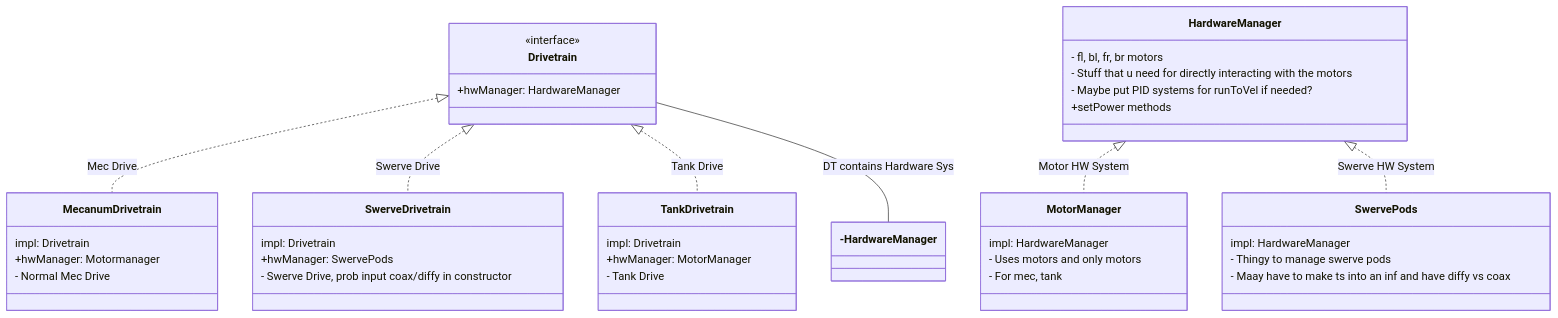
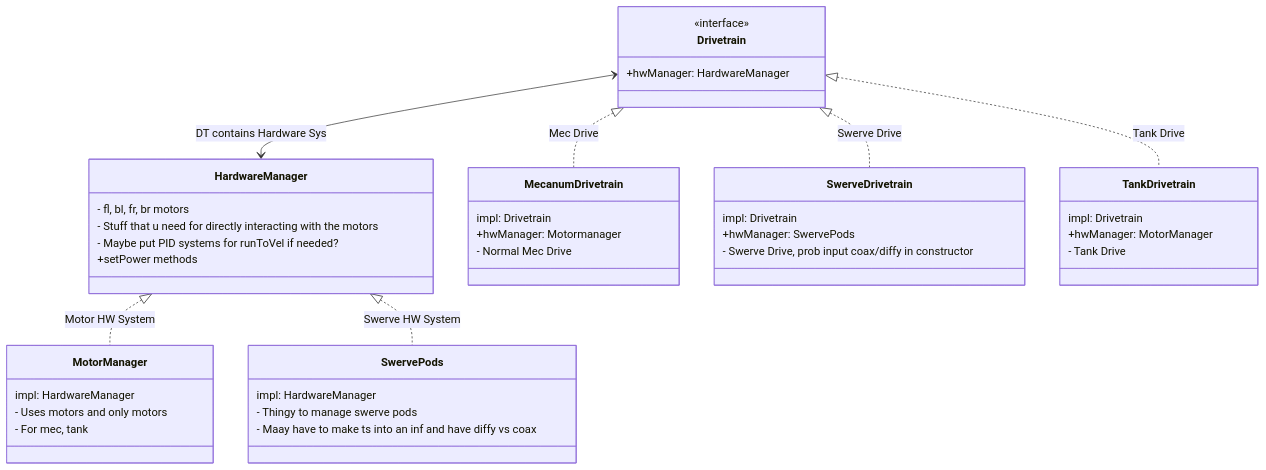
Before and after one commit to athGurnani/ApexPathing: the diagram in TeamCode/ARCHITECTURE.md, drawn with Mermaid.

````diff
--- a/TeamCode/ARCHITECTURE.md
+++ b/TeamCode/ARCHITECTURE.md
@@ -4,46 +4,46 @@
 ```mermaid
 classDiagram
     class Drivetrain {
         <<interface>>
         +hwManager: HardwareManager
     }
     class HardwareManager {
         - fl, bl, fr, br motors
         - Stuff that u need for directly interacting with the motors
         - Maybe put PID systems for runToVel if needed?
         +setPower methods
     }
     class MotorManager {
         impl: HardwareManager
         - Uses motors and only motors
         - For mec, tank
     }
     class MecanumDrivetrain {
         impl: Drivetrain
         +hwManager: Motormanager
         - Normal Mec Drive
     }
     class SwerveDrivetrain {
         impl: Drivetrain
         +hwManager: SwervePods
         - Swerve Drive, prob input coax/diffy in constructor
     }
     class SwervePods {
         impl: HardwareManager
         - Thingy to manage swerve pods
         - Maay have to make ts into an inf and have diffy vs coax
     }
     class TankDrivetrain {
         impl: Drivetrain
         +hwManager: MotorManager
         - Tank Drive
     }
 
     Drivetrain <|.. MecanumDrivetrain : Mec Drive
     Drivetrain <|.. SwerveDrivetrain : Swerve Drive
     HardwareManager <|.. MotorManager : Motor HW System
     HardwareManager <|.. SwervePods : Swerve HW System
     Drivetrain <|.. TankDrivetrain : Tank Drive
-    Drivetrain --- HardwareManager : DT contains Hardware Sys
+    Drivetrain <--> HardwareManager : DT contains Hardware Sys
     
 ```
````
